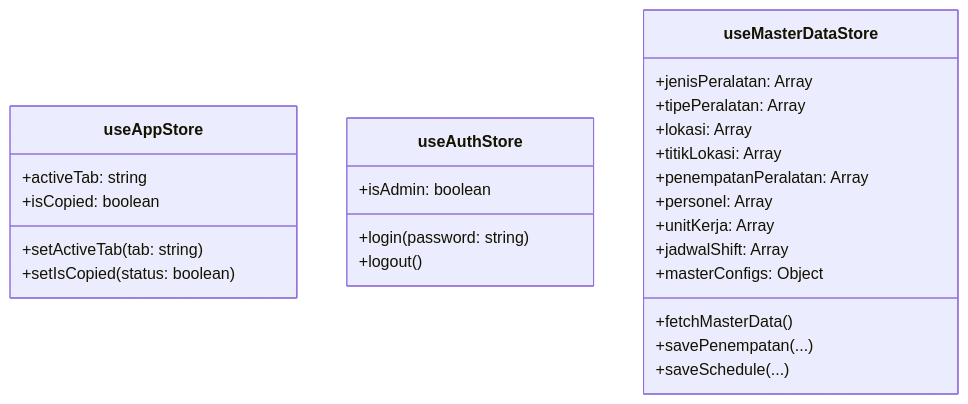
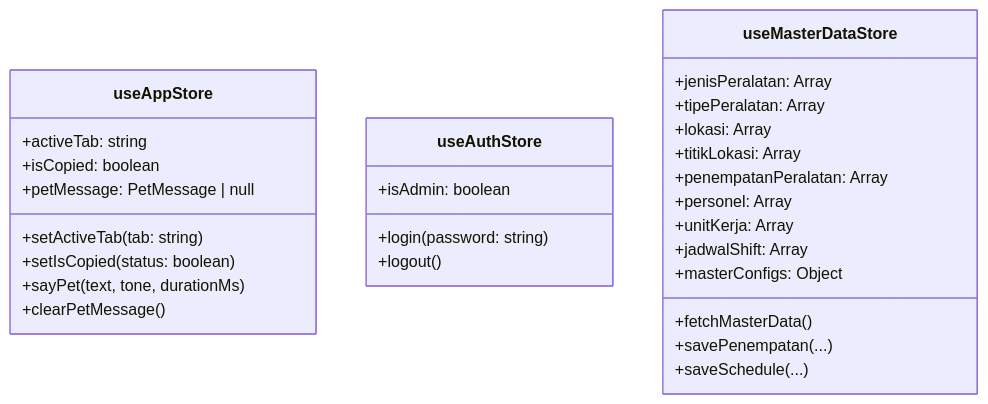
One commit to seevent/normal-operasi changed the second of 2 diagrams in architecture.md. Above: the diagram before and after it, drawn with Mermaid. The commit also changed other lines of this file and 11 other files, not shown here.

````diff
--- a/architecture.md
+++ b/architecture.md
@@ -124,30 +124,33 @@
 ```mermaid
 classDiagram
     class useAppStore {
         +activeTab: string
         +isCopied: boolean
+        +petMessage: PetMessage | null
         +setActiveTab(tab: string)
         +setIsCopied(status: boolean)
+        +sayPet(text, tone, durationMs)
+        +clearPetMessage()
     }
     
     class useAuthStore {
         +isAdmin: boolean
         +login(password: string)
         +logout()
     }
     
     class useMasterDataStore {
         +jenisPeralatan: Array
         +tipePeralatan: Array
         +lokasi: Array
         +titikLokasi: Array
         +penempatanPeralatan: Array
         +personel: Array
         +unitKerja: Array
         +jadwalShift: Array
         +masterConfigs: Object
         +fetchMasterData()
         +savePenempatan(...)
         +saveSchedule(...)
     }
 ```
````
